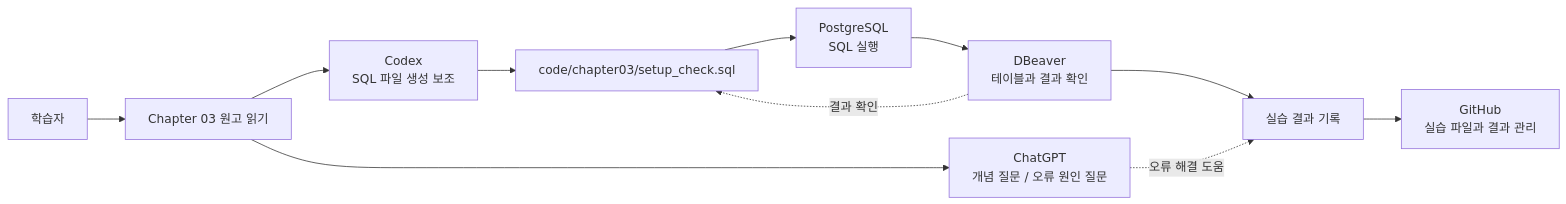
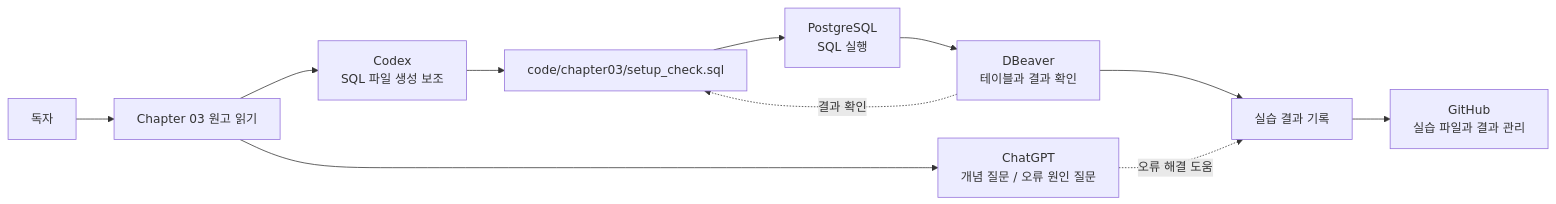
The diagram in images/chapter03/ch03_01_practice_environment_flow.mmd (GilbertMoon/ai-database-book), drawn with Mermaid before and after one commit. The commit also changed 82 other files, not shown here.

```diff
--- a/images/chapter03/ch03_01_practice_environment_flow.mmd
+++ b/images/chapter03/ch03_01_practice_environment_flow.mmd
@@ -1,13 +1,13 @@
 flowchart LR
-    A[학습자] --> B[Chapter 03 원고 읽기]
+    A[독자] --> B[Chapter 03 원고 읽기]
     B --> C[ChatGPT<br/>개념 질문 / 오류 원인 질문]
     B --> D[Codex<br/>SQL 파일 생성 보조]
 
     D --> E[code/chapter03/setup_check.sql]
     E --> F[PostgreSQL<br/>SQL 실행]
     F --> G[DBeaver<br/>테이블과 결과 확인]
     G --> H[실습 결과 기록]
     H --> I[GitHub<br/>실습 파일과 결과 관리]
 
     C -. 오류 해결 도움 .-> H
     G -. 결과 확인 .-> E
```
